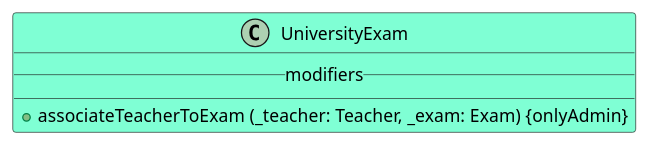
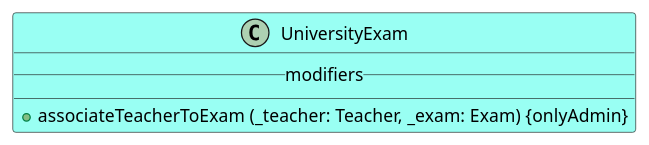
Before and after one commit to M9k/Marvin-Uml: the diagram in Solidity/Contracts/UniversityExam.iuml, drawn with PlantUML. The commit also changed 9 other files, not shown here.

```diff
--- a/Solidity/Contracts/UniversityExam.iuml
+++ b/Solidity/Contracts/UniversityExam.iuml
@@ -1,8 +1,8 @@
 @startuml
 
-class UniversityExam #AquaMarine {
+class UniversityExam #99FFF3 {
 __modifiers__
 __
 + associateTeacherToExam (_teacher: Teacher, _exam: Exam) {onlyAdmin}
 }
 @enduml
```
